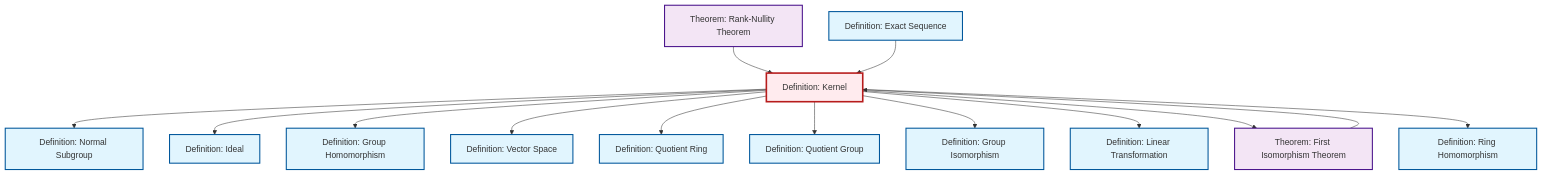
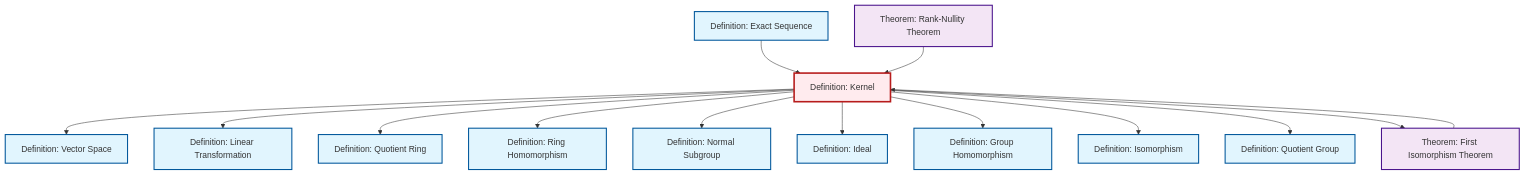
One commit to RK0429/ModernMath changed the diagram in content/en/algebra/def-kernel.qmd. Above: the diagram before and after it, drawn with Mermaid. The commit also changed 1069 other files, not shown here.

````diff
--- a/content/en/algebra/def-kernel.qmd
+++ b/content/en/algebra/def-kernel.qmd
@@ -82,48 +82,48 @@
 ```{mermaid}
 %%| fig-cap: "Local dependency graph"
 graph TD
     classDef definition fill:#e1f5fe,stroke:#01579b,stroke-width:2px
     classDef theorem fill:#f3e5f5,stroke:#4a148c,stroke-width:2px
     classDef axiom fill:#fff3e0,stroke:#e65100,stroke-width:2px
     classDef example fill:#e8f5e9,stroke:#1b5e20,stroke-width:2px
     classDef current fill:#ffebee,stroke:#b71c1c,stroke-width:3px
-    thm-rank-nullity["Theorem: Rank-Nullity Theorem"]:::theorem
+    def-linear-transformation["Definition: Linear Transformation"]:::definition
+    def-ideal["Definition: Ideal"]:::definition
+    def-vector-space["Definition: Vector Space"]:::definition
+    def-normal-subgroup["Definition: Normal Subgroup"]:::definition
+    def-isomorphism["Definition: Isomorphism"]:::definition
     def-quotient-ring["Definition: Quotient Ring"]:::definition
-    def-isomorphism["Definition: Group Isomorphism"]:::definition
+    def-exact-sequence["Definition: Exact Sequence"]:::definition
     def-ring-homomorphism["Definition: Ring Homomorphism"]:::definition
     thm-first-isomorphism["Theorem: First Isomorphism Theorem"]:::theorem
     def-quotient-group["Definition: Quotient Group"]:::definition
+    thm-rank-nullity["Theorem: Rank-Nullity Theorem"]:::theorem
+    def-homomorphism["Definition: Group Homomorphism"]:::definition
     def-kernel["Definition: Kernel"]:::definition
-    def-ideal["Definition: Ideal"]:::definition
-    def-homomorphism["Definition: Group Homomorphism"]:::definition
-    def-normal-subgroup["Definition: Normal Subgroup"]:::definition
-    def-exact-sequence["Definition: Exact Sequence"]:::definition
-    def-linear-transformation["Definition: Linear Transformation"]:::definition
-    def-vector-space["Definition: Vector Space"]:::definition
+    def-kernel --> def-vector-space
+    def-kernel --> def-linear-transformation
+    def-exact-sequence --> def-kernel
     thm-rank-nullity --> def-kernel
+    thm-first-isomorphism --> def-kernel
+    def-kernel --> def-quotient-ring
+    def-kernel --> def-ring-homomorphism
     def-kernel --> def-normal-subgroup
     def-kernel --> def-ideal
     def-kernel --> def-homomorphism
-    def-kernel --> def-vector-space
-    def-kernel --> def-quotient-ring
+    def-kernel --> def-isomorphism
     def-kernel --> def-quotient-group
-    def-kernel --> def-isomorphism
-    thm-first-isomorphism --> def-kernel
-    def-kernel --> def-linear-transformation
-    def-exact-sequence --> def-kernel
     def-kernel --> thm-first-isomorphism
-    def-kernel --> def-ring-homomorphism
     class def-kernel current
-    click thm-rank-nullity "thm-rank-nullity.html" "Go to Rank-Nullity Theorem theorem"
+    click def-linear-transformation "def-linear-transformation.html" "Go to Linear Transformation definition"
+    click def-ideal "def-ideal.html" "Go to Ideal definition"
+    click def-vector-space "def-vector-space.html" "Go to Vector Space definition"
+    click def-normal-subgroup "def-normal-subgroup.html" "Go to Normal Subgroup definition"
+    click def-isomorphism "def-isomorphism.html" "Go to Isomorphism definition"
     click def-quotient-ring "def-quotient-ring.html" "Go to Quotient Ring definition"
-    click def-isomorphism "def-isomorphism.html" "Go to Group Isomorphism definition"
+    click def-exact-sequence "def-exact-sequence.html" "Go to Exact Sequence definition"
     click def-ring-homomorphism "def-ring-homomorphism.html" "Go to Ring Homomorphism definition"
     click thm-first-isomorphism "thm-first-isomorphism.html" "Go to First Isomorphism Theorem theorem"
     click def-quotient-group "def-quotient-group.html" "Go to Quotient Group definition"
-    click def-ideal "def-ideal.html" "Go to Ideal definition"
+    click thm-rank-nullity "thm-rank-nullity.html" "Go to Rank-Nullity Theorem theorem"
     click def-homomorphism "def-homomorphism.html" "Go to Group Homomorphism definition"
-    click def-normal-subgroup "def-normal-subgroup.html" "Go to Normal Subgroup definition"
-    click def-exact-sequence "def-exact-sequence.html" "Go to Exact Sequence definition"
-    click def-linear-transformation "def-linear-transformation.html" "Go to Linear Transformation definition"
-    click def-vector-space "def-vector-space.html" "Go to Vector Space definition"
 ```
````
